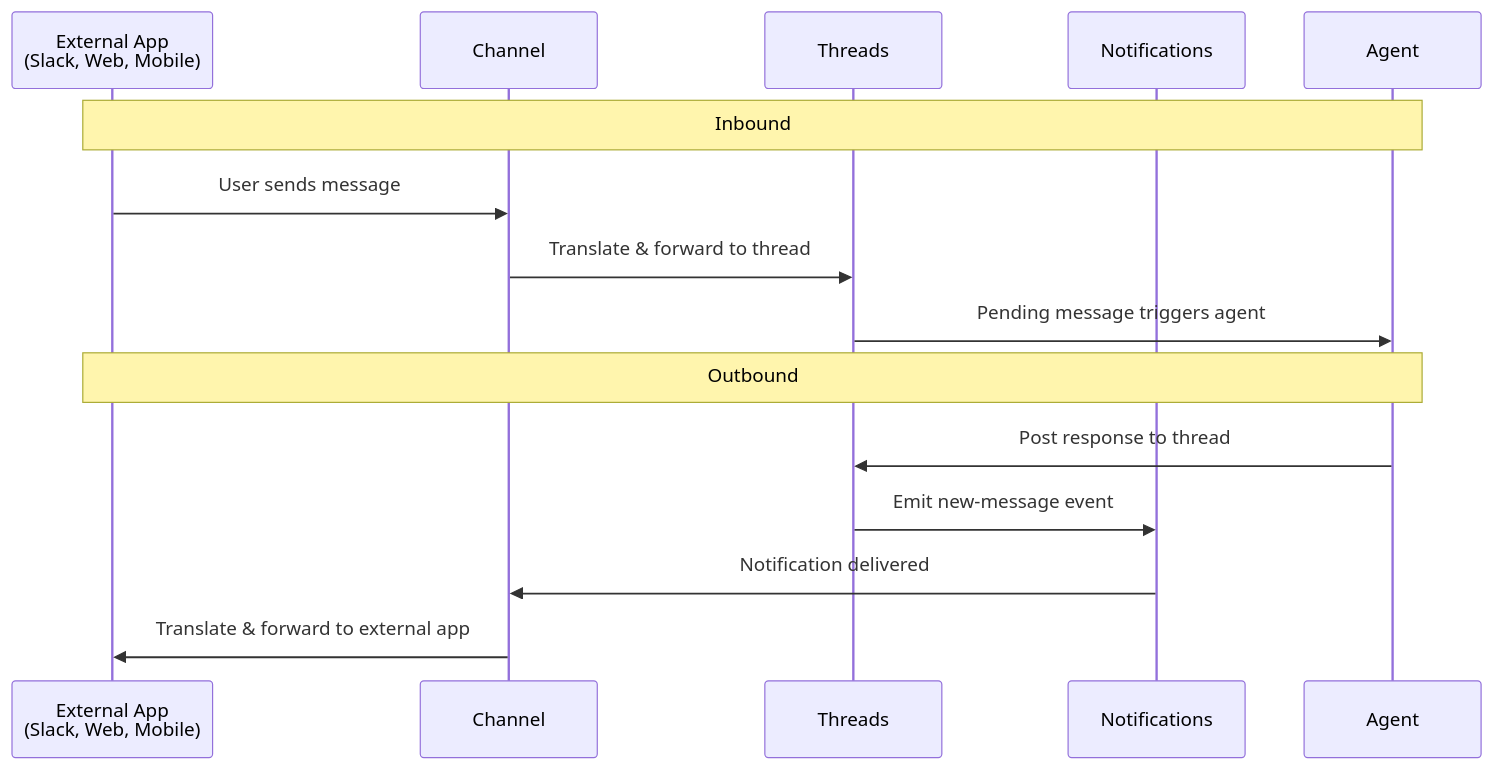
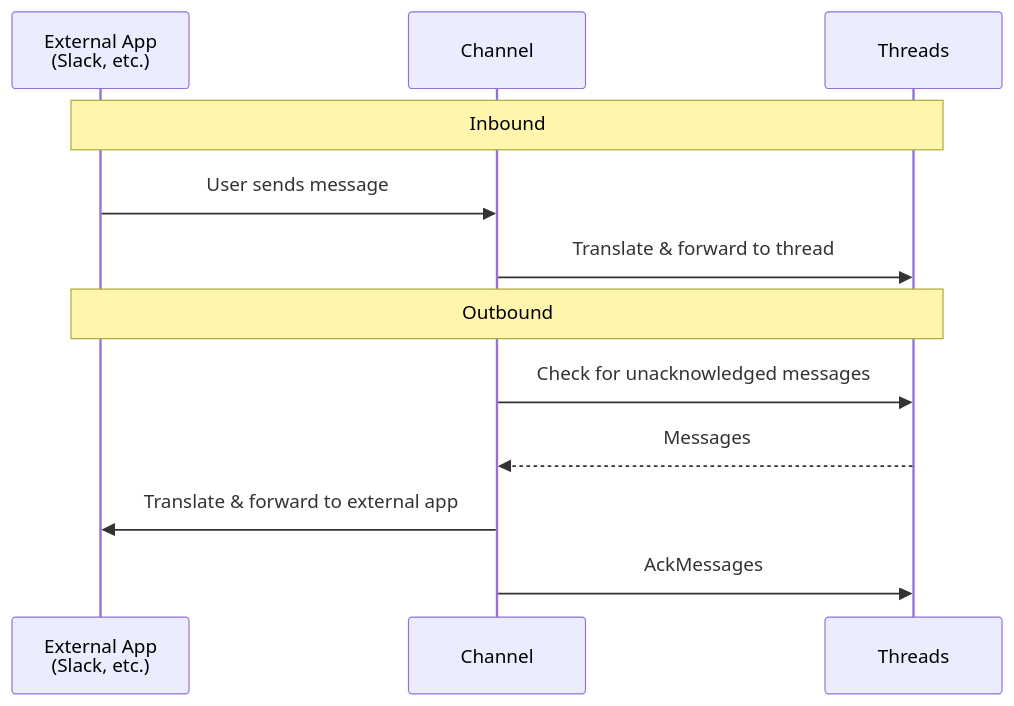
One commit to agynio/architecture changed the diagram in architecture/channels.md. Above: the diagram before and after it, drawn with Mermaid. The commit also changed other lines of this file and 7 other files, not shown here.

````diff
--- a/architecture/channels.md
+++ b/architecture/channels.md
@@ -16,19 +18,16 @@
 ```mermaid
 sequenceDiagram
-    participant Ext as External App<br/>(Slack, Web, Mobile)
+    participant Ext as External App<br/>(Slack, etc.)
     participant Ch as Channel
     participant Th as Threads
-    participant N as Notifications
-    participant A as Agent
 
-    Note over Ext,A: Inbound
+    Note over Ext,Th: Inbound
     Ext->>Ch: User sends message
     Ch->>Th: Translate & forward to thread
-    Th->>A: Pending message triggers agent
 
-    Note over Ext,A: Outbound
-    A->>Th: Post response to thread
-    Th->>N: Emit new-message event
-    N->>Ch: Notification delivered
+    Note over Ext,Th: Outbound
+    Ch->>Th: Check for unacknowledged messages
+    Th-->>Ch: Messages
     Ch->>Ext: Translate & forward to external app
+    Ch->>Th: AckMessages
 ```
````
